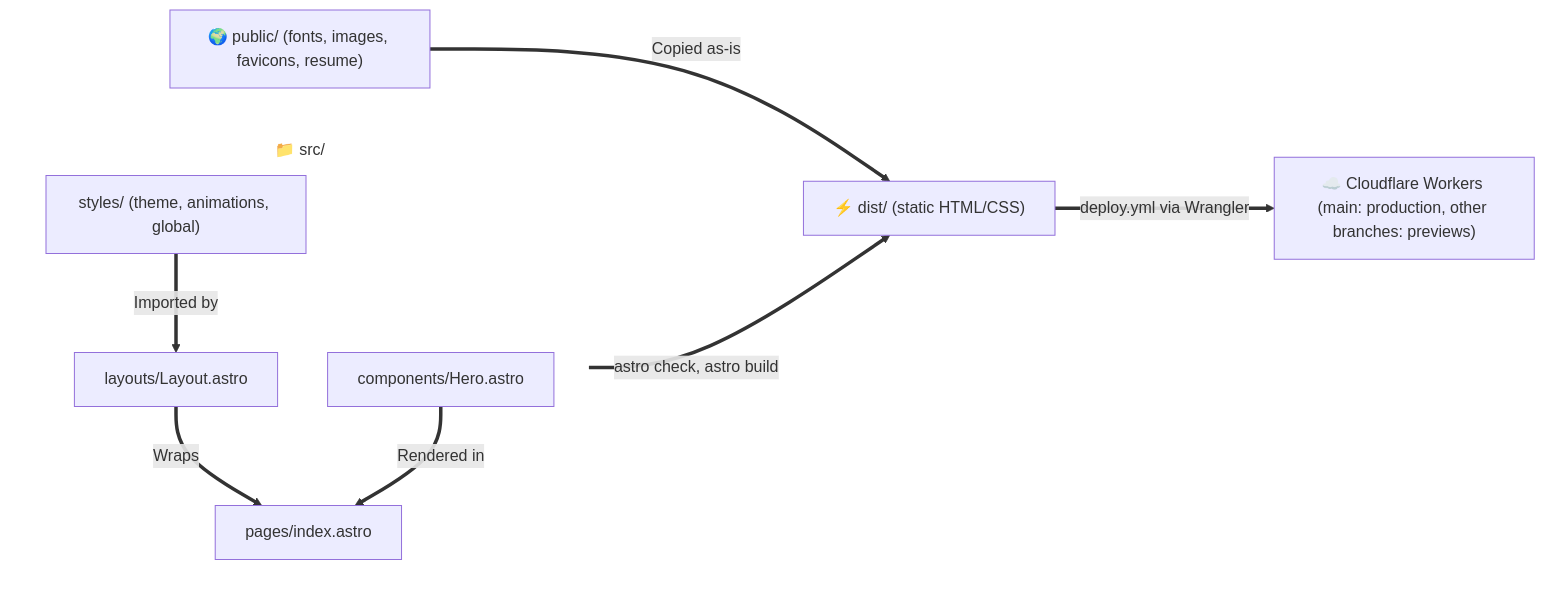
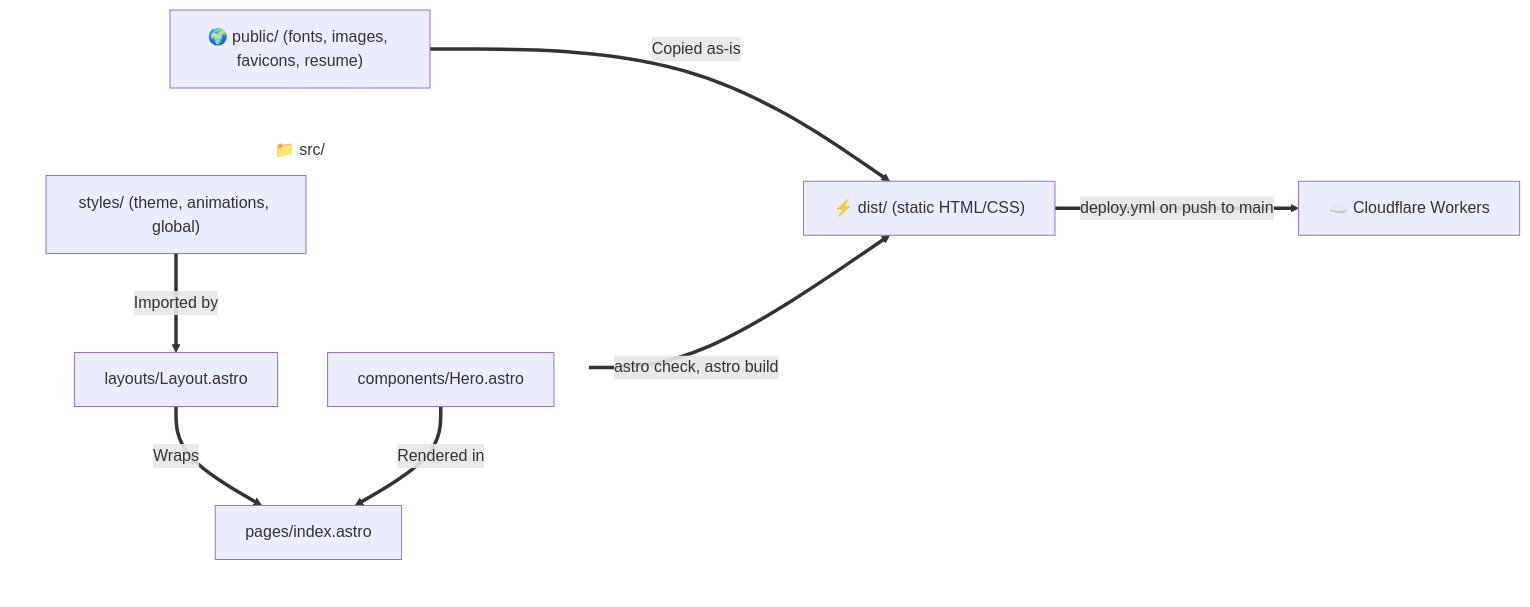
One commit to adiozeshitemi/adioz-profile changed the diagram in docs/architecture.md. Above: the diagram before and after it, drawn with Mermaid. The commit also changed other lines of this file and 4 other files, not shown here.

First line of the commit message:
fix(ci): deploy only on pushes to main

````diff
--- a/docs/architecture.md
+++ b/docs/architecture.md
@@ -9,23 +9,23 @@
 ```mermaid
 flowchart LR
     %% Define invisible styling for subgraphs to remove backgrounds and borders
     classDef transparent fill:none,stroke:none;
 
     subgraph Src ["📁 src/"]
         direction TB
         Styles["styles/ (theme, animations, global)"]
         Layout["layouts/Layout.astro"]
         Hero["components/Hero.astro"]
         Page["pages/index.astro"]
     end
 
     Styles ==>|Imported by| Layout
     Layout ==>|Wraps| Page
     Hero ==>|Rendered in| Page
     Page ==>|astro check, astro build| Dist["⚡ dist/ (static HTML/CSS)"]
     Public["🌍 public/ (fonts, images, favicons, resume)"] ==>|Copied as-is| Dist
-    Dist ==>|deploy.yml via Wrangler| Workers["☁️ Cloudflare Workers (main: production, other branches: previews)"]
+    Dist ==>|deploy.yml on push to main| Workers["☁️ Cloudflare Workers"]
 
     %% Apply transparent class to subgraphs
     class Src transparent;
 ```
````
